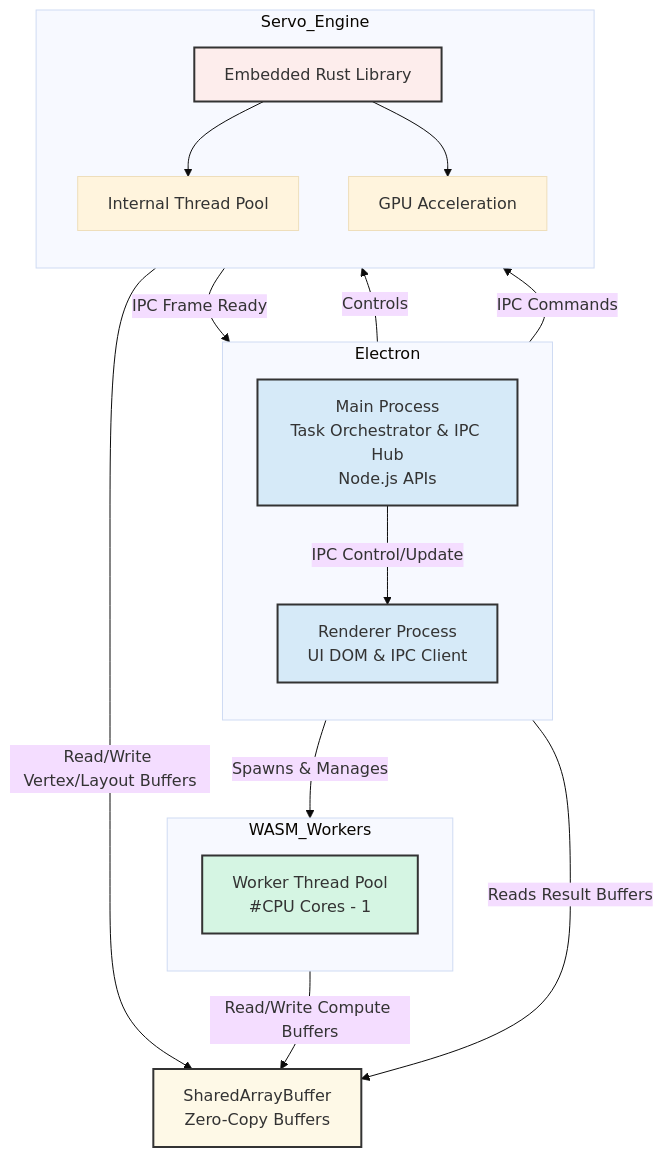
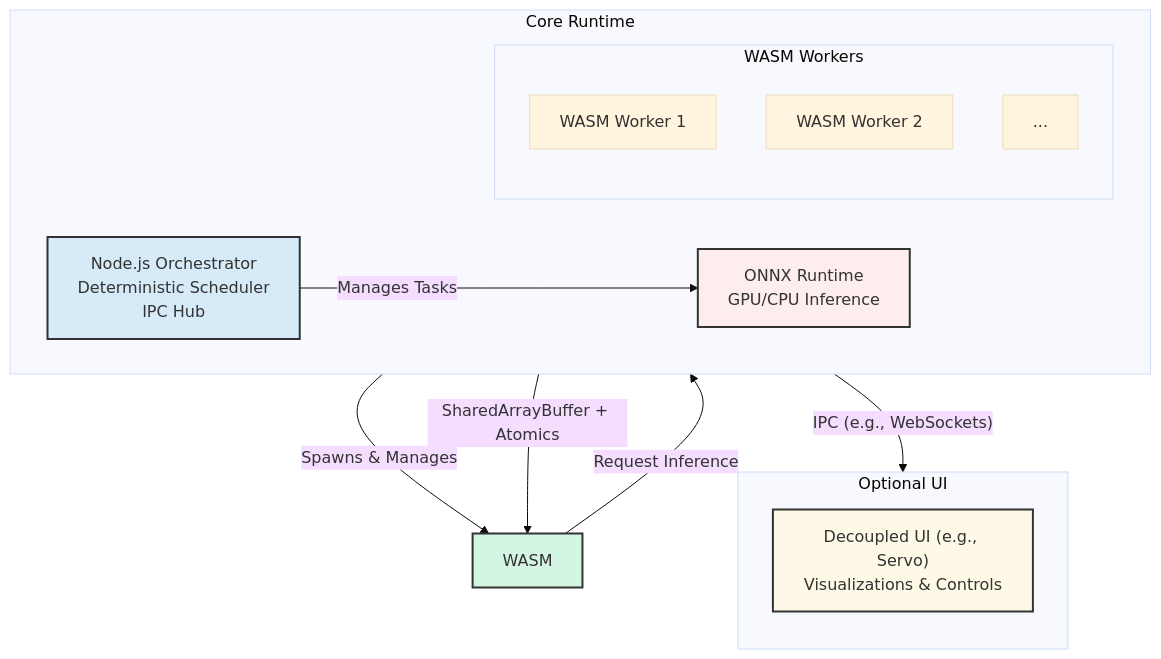
Before and after one commit to Chen-Software/wasm-engine: the diagram in docs/architecture/design/ADD-wasm-engine.md, drawn with Mermaid (base theme). The commit also changed other lines of this file and 1 other file, not shown here.

First line of the commit message:
docs: Update ADR and ADD for Hybrid Runtime

````diff
--- a/docs/architecture/design/ADD-wasm-engine.md
+++ b/docs/architecture/design/ADD-wasm-engine.md
@@ -66,45 +71,32 @@
 ```mermaid
 graph TD
-%% Electron Layer
-subgraph Electron
-direction TB
-EM_Main["Main Process<br>Task Orchestrator & IPC Hub<br>Node.js APIs"]
-EM_Renderer["Renderer Process<br>UI DOM & IPC Client"]
-end
+    subgraph Core Runtime
+        direction LR
+        Orchestrator["Node.js Orchestrator<br>Deterministic Scheduler<br>IPC Hub"]
+        subgraph WASM Workers
+            direction TB
+            W1["WASM Worker 1"]
+            W2["WASM Worker 2"]
+            W3["..."]
+        end
+        ONNX["ONNX Runtime<br>GPU/CPU Inference"]
+    end
 
-%% WASM Computation Layer
-subgraph WASM_Workers
-direction TB
-WASM_Pool["Worker Thread Pool<br>#CPU Cores - 1"]
-end
+    subgraph Optional UI
+        direction TB
+        UI["Decoupled UI (e.g., Servo)<br>Visualizations & Controls"]
+    end
 
-%% Servo Rendering Layer
-subgraph Servo_Engine
-direction TB
-Servo_Embed["Embedded Rust Library"]
-Servo_Threads["Internal Thread Pool"]
-Servo_GPU["GPU Acceleration"]
-Servo_Embed --> Servo_Threads
-Servo_Embed --> Servo_GPU
-end
+    %% Connections
+    Orchestrator -- "Spawns & Manages" --> WASM
+    Orchestrator -- "Manages Tasks" --> ONNX
+    Orchestrator -- "SharedArrayBuffer + Atomics" --> WASM
+    WASM -- "Request Inference" --> Orchestrator
+    Orchestrator -- "IPC (e.g., WebSockets)" --> UI
 
-%% Shared Memory
-SharedMem["SharedArrayBuffer<br>Zero-Copy Buffers"]
-
-%% Connections
-EM_Main -->|Spawns & Manages| WASM_Pool
-EM_Main -->|Controls| Servo_Embed
-EM_Main -->|IPC Control/Update| EM_Renderer
-EM_Renderer -->|IPC Commands| Servo_Embed
-WASM_Pool -->|Read/Write Compute Buffers| SharedMem
-Servo_Embed -->|Read/Write Vertex/Layout Buffers| SharedMem
-EM_Renderer -->|Reads Result Buffers| SharedMem
-Servo_Embed -->|IPC Frame Ready| EM_Main
-
-%% Styles
-style EM_Main fill:#D6EAF8,stroke:#333,stroke-width:2px
-style EM_Renderer fill:#D6EAF8,stroke:#333,stroke-width:2px
-style WASM_Pool fill:#D5F5E3,stroke:#333,stroke-width:2px
-style Servo_Embed fill:#FDEDEC,stroke:#333,stroke-width:2px
-style SharedMem fill:#FEF9E7,stroke:#333,stroke-width:2px
+    %% Styling
+    style Orchestrator fill:#D6EAF8,stroke:#333,stroke-width:2px
+    style WASM fill:#D5F5E3,stroke:#333,stroke-width:2px
+    style ONNX fill:#FDEDEC,stroke:#333,stroke-width:2px
+    style UI fill:#FEF9E7,stroke:#333,stroke-width:2px
 ```
````
